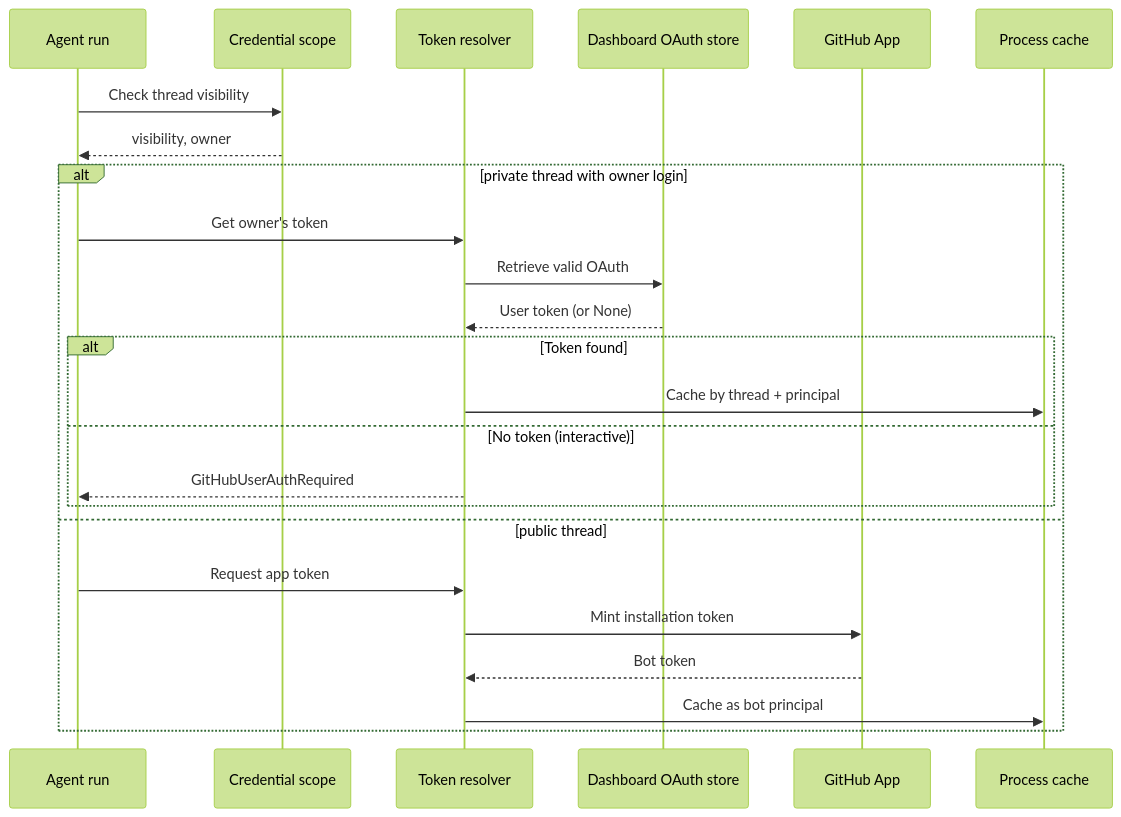
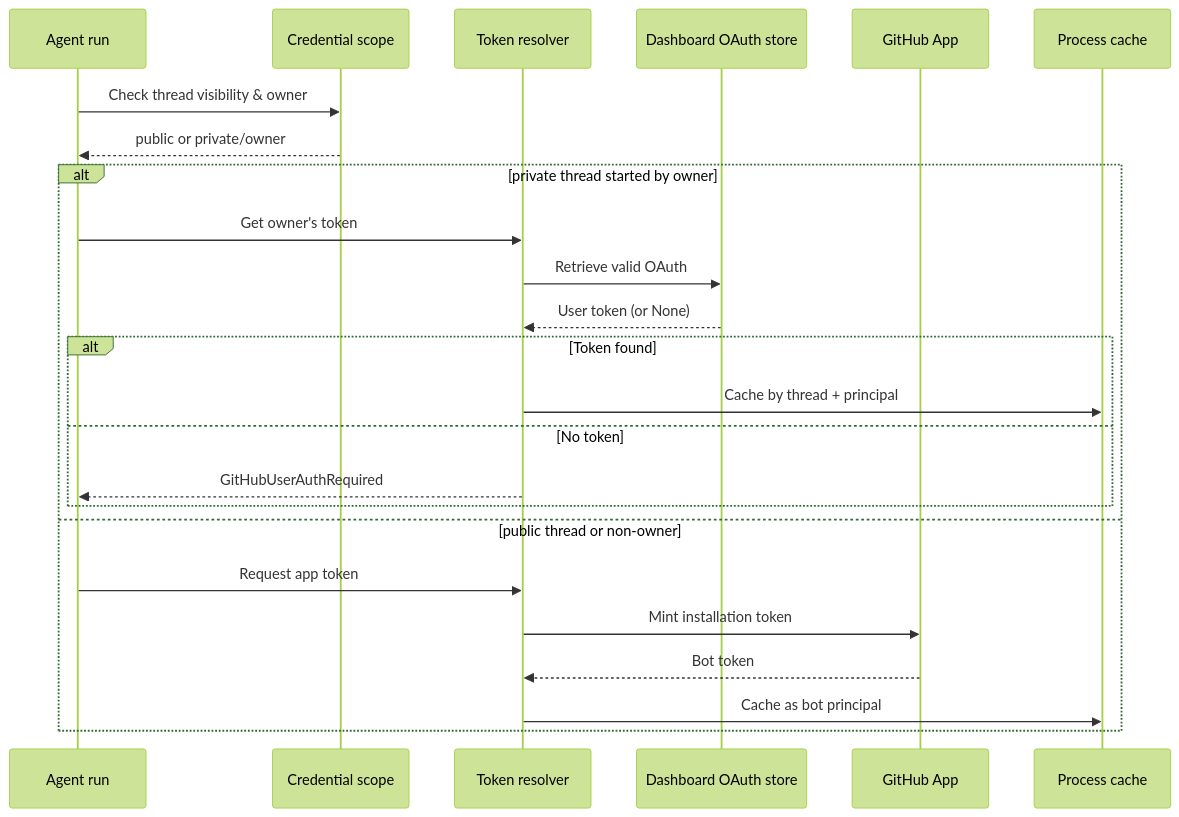
One commit to langchain-ai/open-swe changed the first of 2 diagrams in openwiki/concepts/auth-and-security.md. Above: the diagram before and after it, drawn with Mermaid (forest theme). The commit also changed other lines of this file and 44 other files, not shown here.

````diff
--- a/openwiki/concepts/auth-and-security.md
+++ b/openwiki/concepts/auth-and-security.md
@@ -69,27 +67,27 @@
 ```mermaid
 sequenceDiagram
     participant Run as Agent run
     participant Scope as Credential scope
     participant Resolver as Token resolver
     participant Store as Dashboard OAuth store
     participant App as GitHub App
     participant Cache as Process cache
 
-    Run->>Scope: Check thread visibility
-    Scope-->>Run: visibility, owner
-    alt private thread with owner login
+    Run->>Scope: Check thread visibility & owner
+    Scope-->>Run: public or private/owner
+    alt private thread started by owner
         Run->>Resolver: Get owner's token
         Resolver->>Store: Retrieve valid OAuth
         Store-->>Resolver: User token (or None)
         alt Token found
             Resolver->>Cache: Cache by thread + principal
-        else No token (interactive)
+        else No token
             Resolver-->>Run: GitHubUserAuthRequired
         end
-    else public thread
+    else public thread or non-owner
         Run->>Resolver: Request app token
         Resolver->>App: Mint installation token
         App-->>Resolver: Bot token
         Resolver->>Cache: Cache as bot principal
     end
 ```
````
